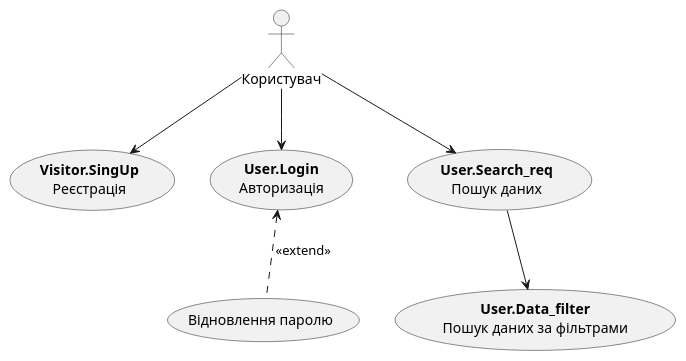
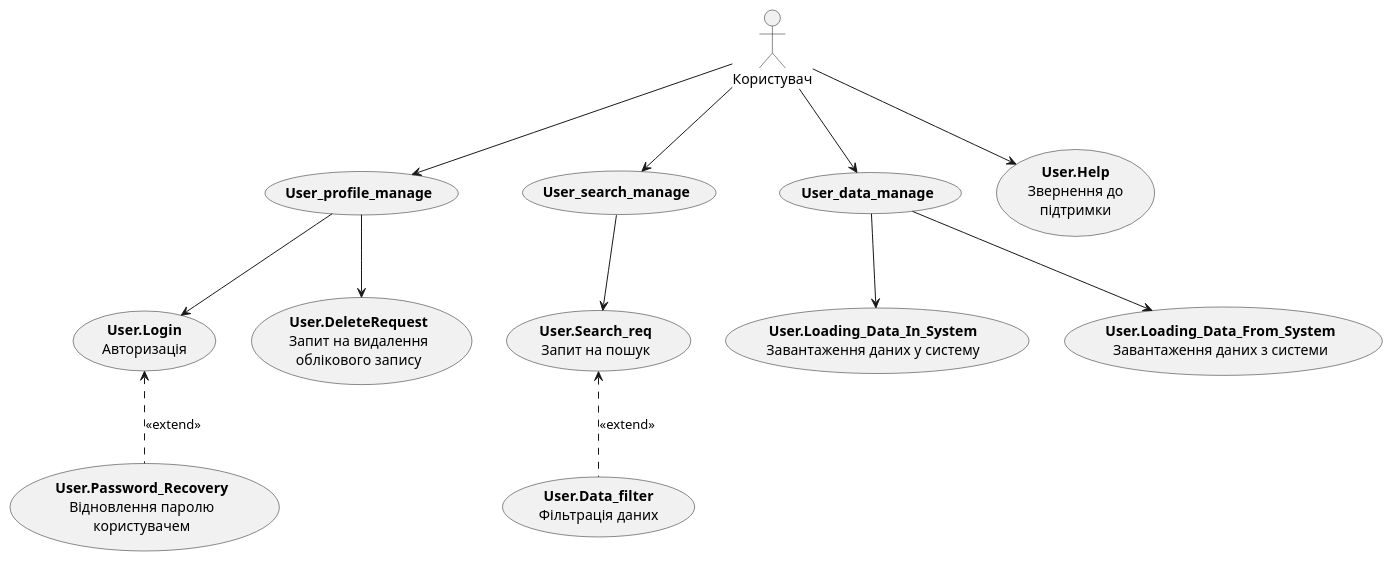
Before and after one commit to nonGratis/retarder-io-23-3: the second of 11 diagrams in docs/use cases/README.md, drawn with PlantUML.

Commit message:
refactor User UML

````diff
--- a/docs/use cases/README.md
+++ b/docs/use cases/README.md
@@ -61,19 +61,33 @@
 ```plantuml
 @startuml
 
 actor "Користувач" as User
 
-usecase "<b>Visitor.SingUp\nРеєстрація" as Registration
-usecase "<b>User.Login\nАвторизація" as Login
-usecase "<b>User.Search_req\nПошук даних" as Search
-usecase "<b>User.Data_filter\nПошук даних за фільтрами" as SearchWithFilters
-usecase "Відновлення паролю" as PasswordRecovery
+usecase "<b>User_profile_manage</b>" as User_profile_manage
+usecase "<b>User_search_manage</b>" as User_search_manage
+usecase "<b>User_data_manage</b>" as User_data_manage
 
-User --> Registration
-User --> Login
-User --> Search 
-Search --> SearchWithFilters
-Login <-[dashed]- PasswordRecovery : <<extend>>
+usecase "<b>User.Help</b>\nЗвернення до\nпідтримки" as User.Help
+usecase "<b>User.Login</b>\nАвторизація" as User.Login
+usecase "<b>User.Password_Recovery</b>\nВідновлення паролю\nкористувачем" as User.Password_Recovery
+usecase "<b>User.DeleteRequest</b>\nЗапит на видалення\nоблікового запису" as User.DeleteRequest
+usecase "<b>User.Search_req</b>\nЗапит на пошук" as User.Search_req
+usecase "<b>User.Data_filter</b>\nФільтрація даних" as User.Data_filter
+usecase "<b>User.Loading_Data_In_System</b>\nЗавантаження даних у систему" as User.Loading_Data_In_System
+usecase "<b>User.Loading_Data_From_System</b>\nЗавантаження даних з системи" as User.Loading_Data_From_System
+
+User --> User.Help
+User --> User_profile_manage
+User --> User_search_manage
+User --> User_data_manage
+
+User_profile_manage --> User.Login 
+User.Login <-[dashed]- User.Password_Recovery : <<extend>>
+User_profile_manage --> User.DeleteRequest
+User_search_manage --> User.Search_req
+User.Search_req <-[dashed]- User.Data_filter : <<extend>>
+User_data_manage --> User.Loading_Data_In_System
+User_data_manage --> User.Loading_Data_From_System
 
 @enduml
 ```
````
